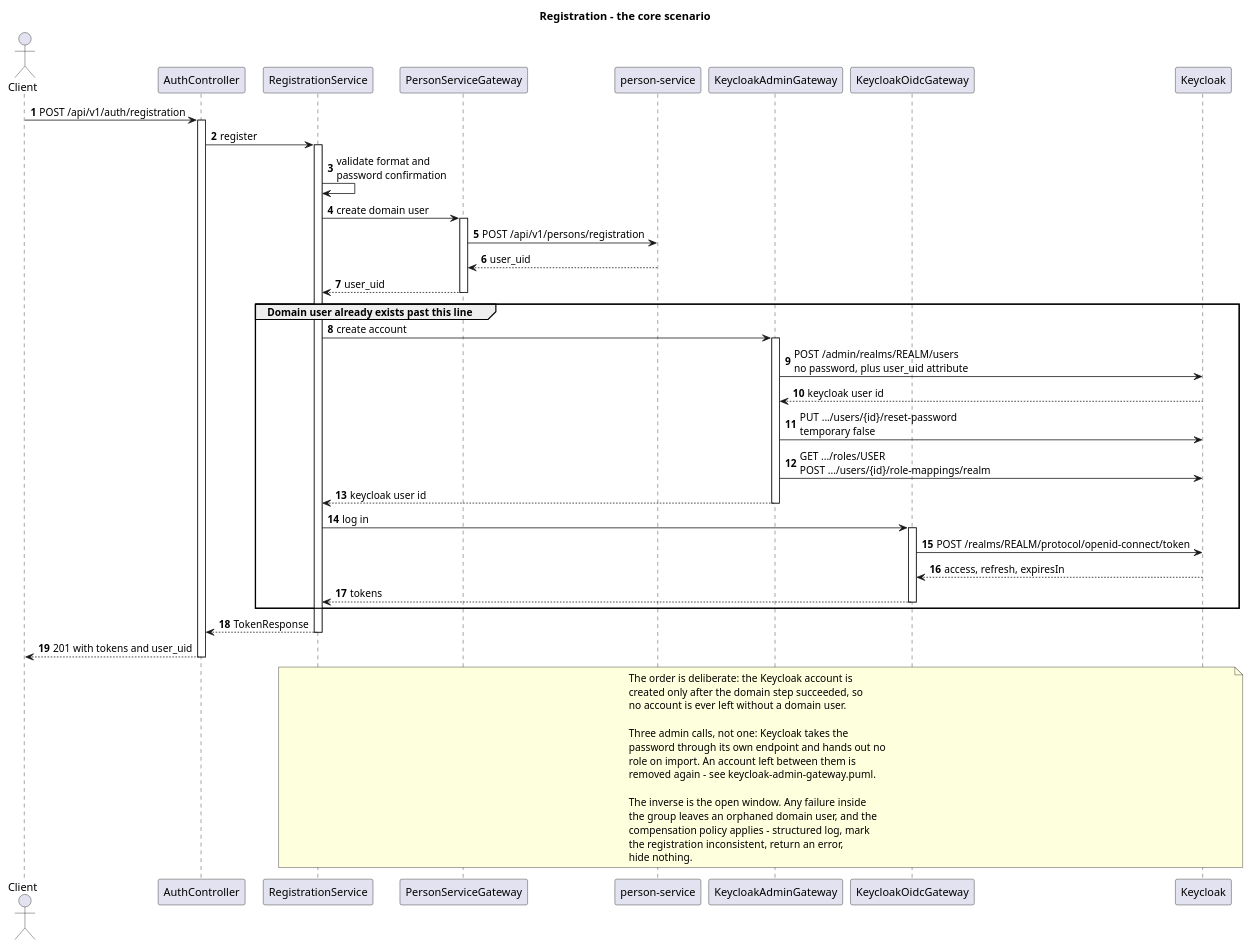
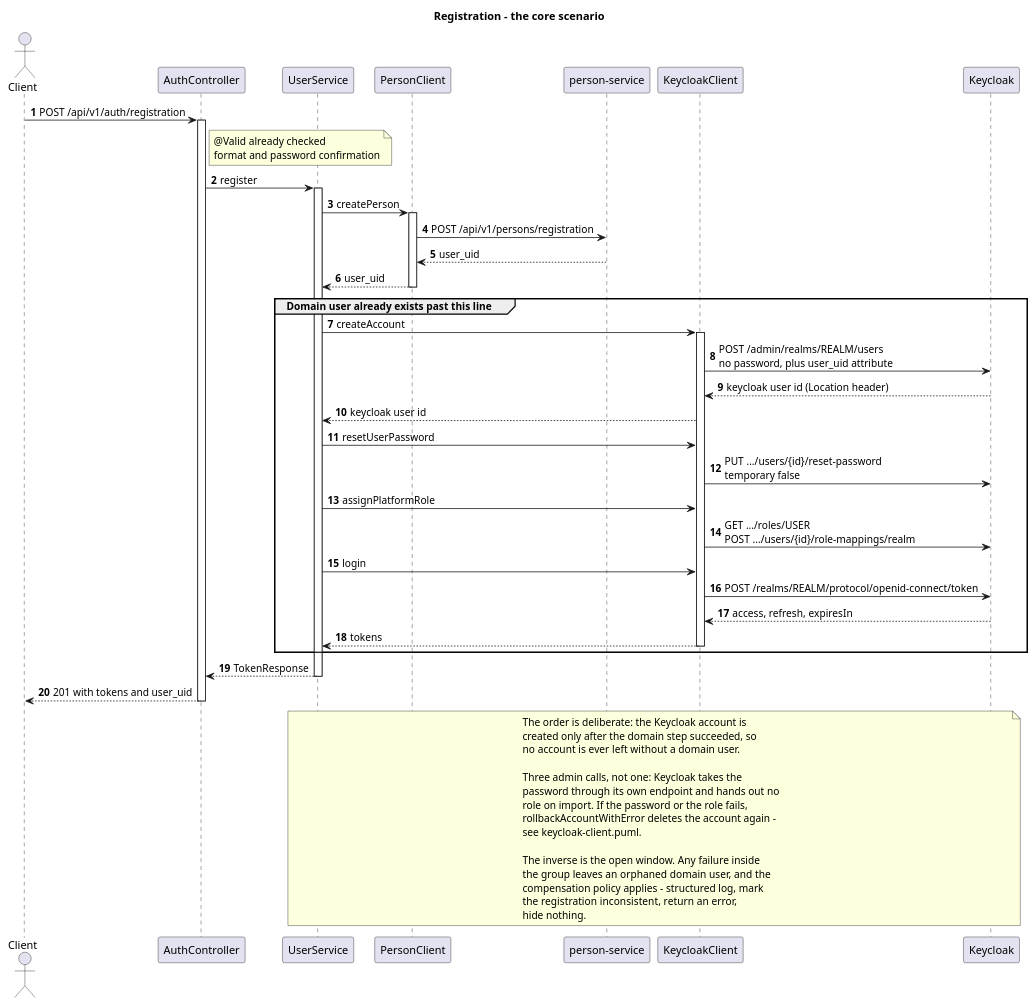
The diagram in docs/puml-diagrams/registration-sequence.puml (dezxxx/payment-platform), drawn with PlantUML before and after one commit. The commit also changed 91 other files, not shown here.

First line of the commit message:
refactor: follow the teacher's component diagram and build inside Docker

```diff
--- a/docs/puml-diagrams/registration-sequence.puml
+++ b/docs/puml-diagrams/registration-sequence.puml
@@ -1,70 +1,68 @@
 @startuml registration
 title Registration - the core scenario
 
 autonumber
 skinparam shadowing false
 
 actor Client
 participant "AuthController" as Ctl
-participant "RegistrationService" as Svc
-participant "PersonServiceGateway" as PGw
+participant "UserService" as Svc
+participant "PersonClient" as PCl
 participant "person-service" as Per
-participant "KeycloakAdminGateway" as AGw
-participant "KeycloakOidcGateway" as OGw
+participant "KeycloakClient" as KCl
 participant "Keycloak" as Kc
 
 Client -> Ctl : POST /api/v1/auth/registration
 activate Ctl
+note right of Ctl : @Valid already checked\nformat and password confirmation
 Ctl -> Svc : register
 activate Svc
 
-Svc -> Svc : validate format and\npassword confirmation
-
-Svc -> PGw : create domain user
-activate PGw
-PGw -> Per : POST /api/v1/persons/registration
-Per --> PGw : user_uid
-PGw --> Svc : user_uid
-deactivate PGw
+Svc -> PCl : createPerson
+activate PCl
+PCl -> Per : POST /api/v1/persons/registration
+Per --> PCl : user_uid
+PCl --> Svc : user_uid
+deactivate PCl
 
 group Domain user already exists past this line
-  Svc -> AGw : create account
-  activate AGw
-  AGw -> Kc : POST /admin/realms/REALM/users\nno password, plus user_uid attribute
-  Kc --> AGw : keycloak user id
-  AGw -> Kc : PUT .../users/{id}/reset-password\ntemporary false
-  AGw -> Kc : GET .../roles/USER\nPOST .../users/{id}/role-mappings/realm
-  AGw --> Svc : keycloak user id
-  deactivate AGw
-
-  Svc -> OGw : log in
-  activate OGw
-  OGw -> Kc : POST /realms/REALM/protocol/openid-connect/token
-  Kc --> OGw : access, refresh, expiresIn
-  OGw --> Svc : tokens
-  deactivate OGw
+  Svc -> KCl : createAccount
+  activate KCl
+  KCl -> Kc : POST /admin/realms/REALM/users\nno password, plus user_uid attribute
+  Kc --> KCl : keycloak user id (Location header)
+  KCl --> Svc : keycloak user id
+  Svc -> KCl : resetUserPassword
+  KCl -> Kc : PUT .../users/{id}/reset-password\ntemporary false
+  Svc -> KCl : assignPlatformRole
+  KCl -> Kc : GET .../roles/USER\nPOST .../users/{id}/role-mappings/realm
+  Svc -> KCl : login
+  KCl -> Kc : POST /realms/REALM/protocol/openid-connect/token
+  Kc --> KCl : access, refresh, expiresIn
+  KCl --> Svc : tokens
+  deactivate KCl
 end
 
 Svc --> Ctl : TokenResponse
 deactivate Svc
 Ctl --> Client : 201 with tokens and user_uid
 deactivate Ctl
 
 note over Svc, Kc
   The order is deliberate: the Keycloak account is
   created only after the domain step succeeded, so
   no account is ever left without a domain user.
 
   Three admin calls, not one: Keycloak takes the
   password through its own endpoint and hands out no
-  role on import. An account left between them is
-  removed again - see keycloak-admin-gateway.puml.
+  role on import. If the password or the role fails,
+  rollbackAccountWithError deletes the account again -
+  see keycloak-client.puml.
 
   The inverse is the open window. Any failure inside
   the group leaves an orphaned domain user, and the
   compensation policy applies - structured log, mark
   the registration inconsistent, return an error,
   hide nothing.
 end note
 
 @enduml
```
